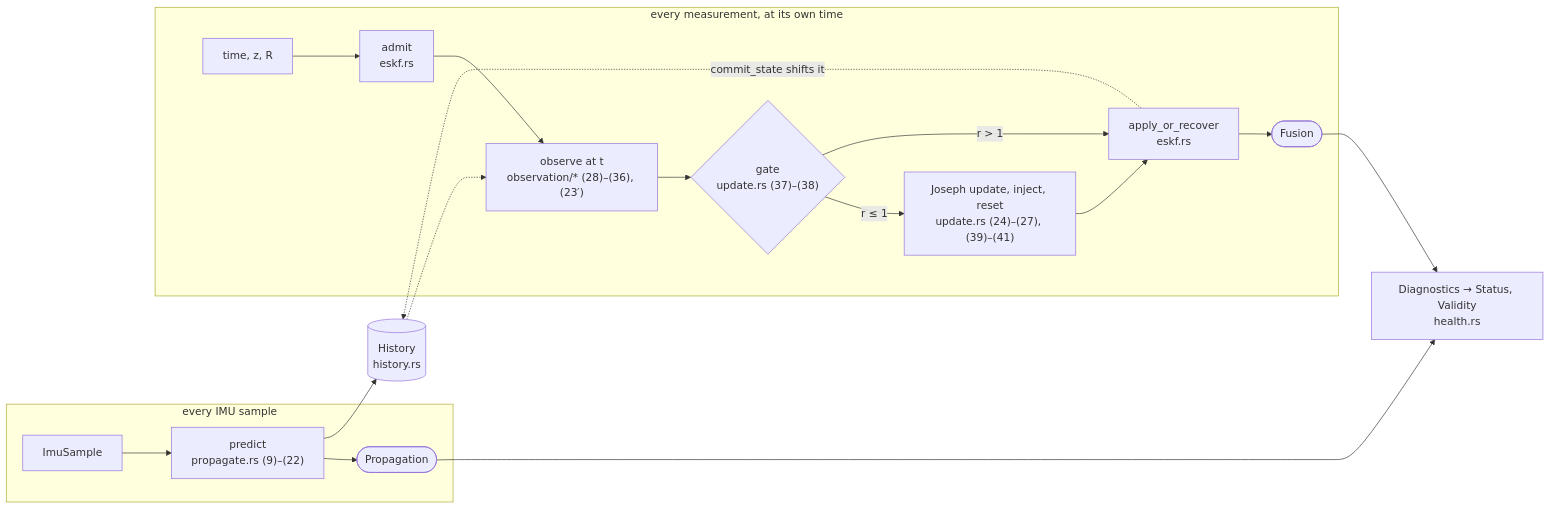
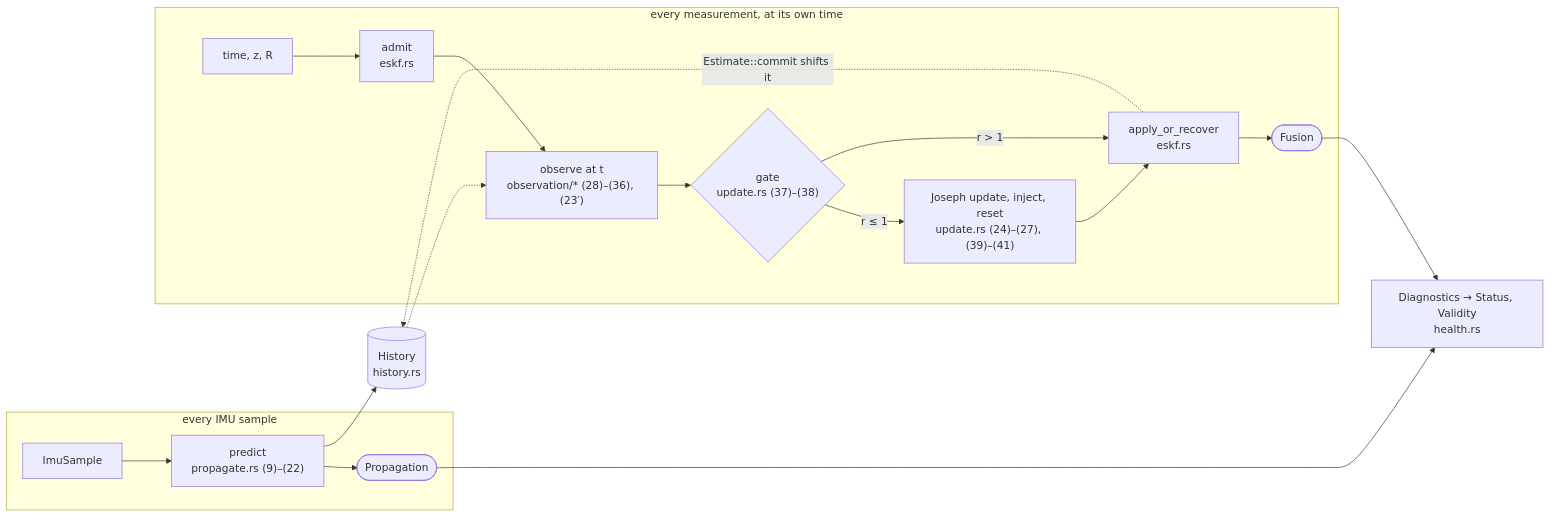
The first of 2 diagrams in DESIGN.md (wboayue/fusion-nav), drawn with Mermaid before and after one commit. The commit also changed other lines of this file and 4 other files, not shown here.

````diff
--- a/DESIGN.md
+++ b/DESIGN.md
@@ -20,21 +20,21 @@
 ```mermaid
 flowchart LR
     subgraph sample["every IMU sample"]
         imu["ImuSample"] --> predict["predict<br/>propagate.rs (9)–(22)"]
         predict --> pout(["Propagation"])
     end
     predict --> hist[("History<br/>history.rs")]
     subgraph meas["every measurement, at its own time"]
         z["time, z, R"] --> admit["admit<br/>eskf.rs"]
         admit --> observe["observe at t<br/>observation/* (28)–(36), (23′)"]
         observe --> gate{"gate<br/>update.rs (37)–(38)"}
         gate -- "r ≤ 1" --> upd["Joseph update, inject, reset<br/>update.rs (24)–(27), (39)–(41)"]
         gate -- "r > 1" --> rec["apply_or_recover<br/>eskf.rs"]
         upd --> rec
         rec --> fout(["Fusion"])
     end
     hist -.-> observe
-    rec -. "commit_state shifts it" .-> hist
+    rec -. "Estimate::commit shifts it" .-> hist
     pout --> health["Diagnostics → Status, Validity<br/>health.rs"]
     fout --> health
 ```
````
